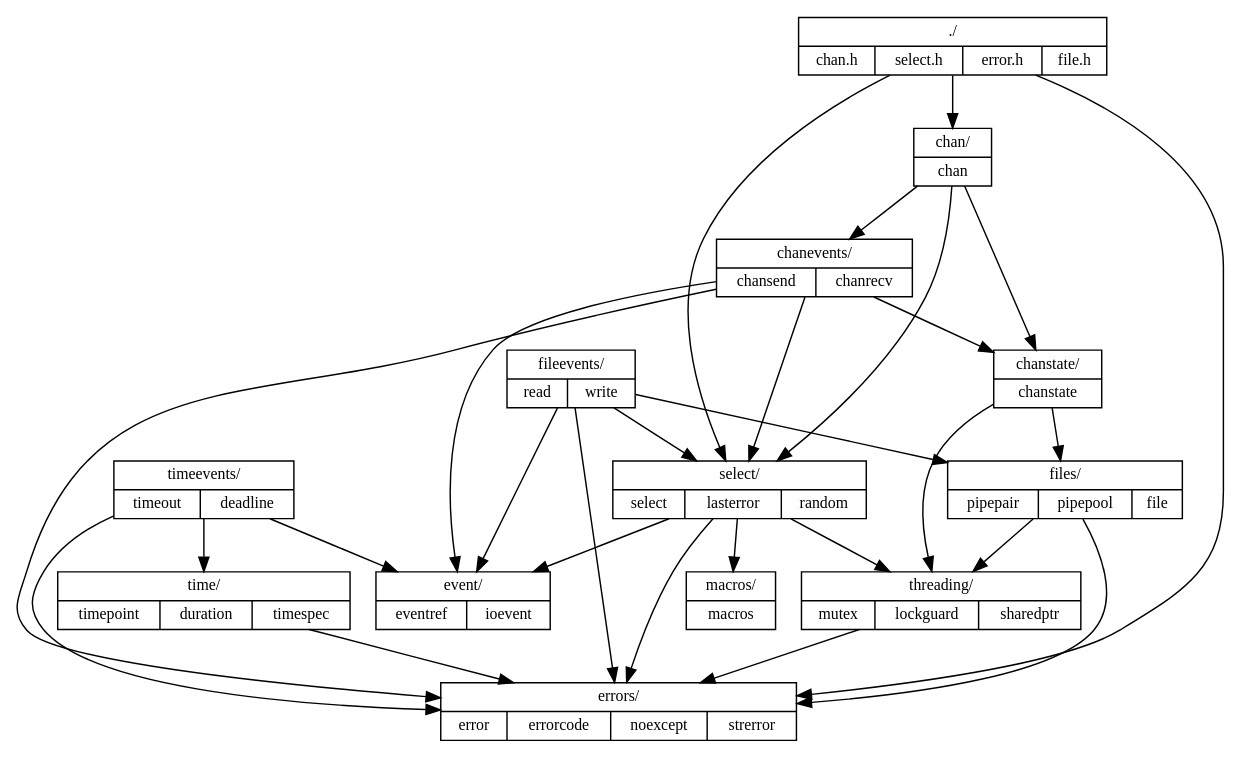
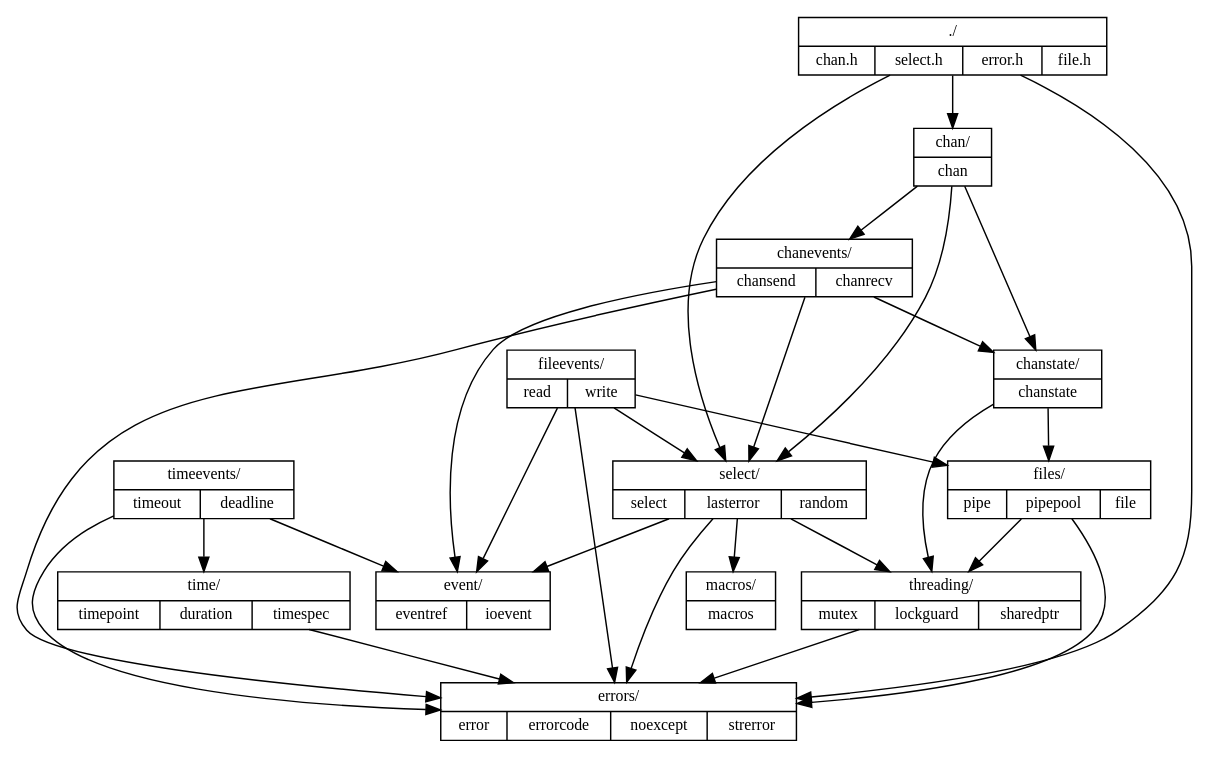
Before and after one commit to dgoffredo/chan: the diagram in src/chan/dependencies.dot, drawn with Graphviz. The commit also changed 22 other files, not shown here.

```diff
--- a/src/chan/dependencies.dot
+++ b/src/chan/dependencies.dot
@@ -1,54 +1,54 @@
 digraph structs {
     node [shape=record, fontsize=11];
 
     root       [label="{./|{chan.h|select.h|error.h|file.h}}"];
     chan       [label="{chan/|{chan}}"];
     chanevents [label="{chanevents/|{chansend|chanrecv}}"];
     chanstate  [label="{chanstate/|{chanstate}}"];
     fileevents [label="{fileevents/|{read|write}}"];
-    files      [label="{files/|{pipepair|pipepool|file}}"];
+    files      [label="{files/|{pipe|pipepool|file}}"];
     select     [label="{select/|{select|lasterror|random}}"];
     errors     [label="{errors/|{error|errorcode|noexcept|strerror}}"];
     threading  [label="{threading/|{mutex|lockguard|sharedptr}}"];
     event      [label="{event/|{eventref|ioevent}}"];
     macros     [label="{macros/|{macros}}"];
     time       [label="{time/|{timepoint|duration|timespec}}"];
     timeevents [label="{timeevents/|{timeout|deadline}}"];
 
     root -> chan;
     root -> errors;
     root -> select;
 
     chan -> chanevents;
     chan -> chanstate;
     chan -> select;
 
     chanevents -> chanstate;
     chanevents -> event;
     chanevents -> errors;
     chanevents -> select;
     
     chanstate -> files;
     chanstate -> threading;
 
     fileevents -> files;
     fileevents -> event;
     fileevents -> errors;
     fileevents -> select;
 
     files -> errors;
     files -> threading;
 
     select -> threading;
     select -> errors;
     select -> event;
     select -> macros;
 
     time -> errors;
     
     timeevents -> time;
     timeevents -> event;
     timeevents -> errors;
 
     threading -> errors;
 }
```
